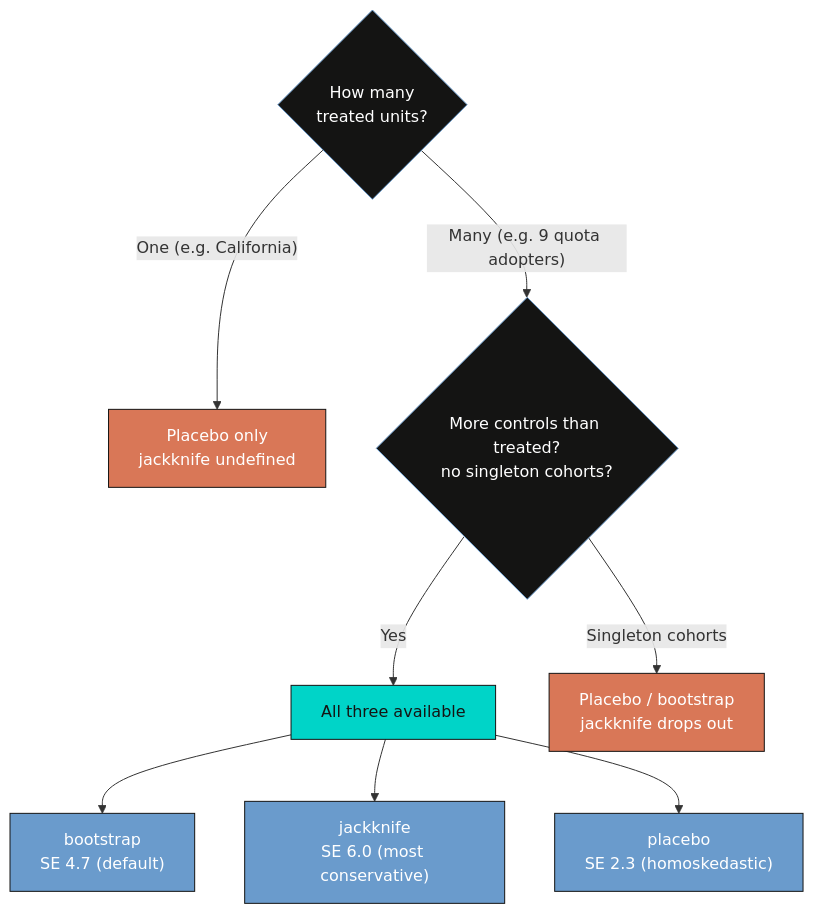
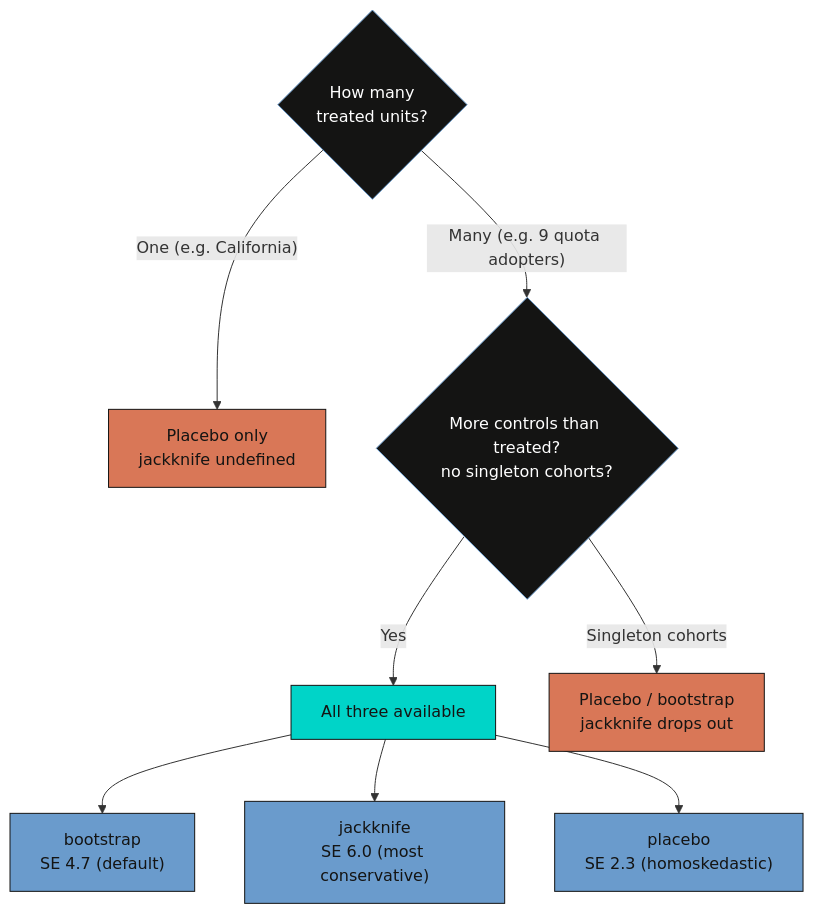
One commit to cmg777/starter-academic-v501 changed the third of 3 diagrams in content/post/stata_sdid_staggered/index.md. Above: the diagram before and after it, drawn with Mermaid. The commit also changed other lines of this file and 67 other files, not shown here.

First line of the commit message:
fix(mermaid): readable diagram text in both themes across the site

````diff
--- a/content/post/stata_sdid_staggered/index.md
+++ b/content/post/stata_sdid_staggered/index.md
@@ -507,19 +507,21 @@
 ```mermaid
 graph TD
     Q1{"How many<br/>treated units?"}
     Q1 -->|"One (e.g. California)"| PL1["Placebo only<br/>jackknife undefined"]
     Q1 -->|"Many (e.g. 9 quota adopters)"| Q2{"More controls than treated?<br/>no singleton cohorts?"}
     Q2 -->|"Yes"| ALL["All three available"]
     Q2 -->|"Singleton cohorts"| PL2["Placebo / bootstrap<br/>jackknife drops out"]
     ALL --> BOOT["bootstrap<br/>SE 4.7 (default)"]
     ALL --> JACK["jackknife<br/>SE 6.0 (most conservative)"]
     ALL --> PLAC["placebo<br/>SE 2.3 (homoskedastic)"]
-    style Q1 fill:#141413,stroke:#6a9bcc,color:#fff
-    style Q2 fill:#141413,stroke:#6a9bcc,color:#fff
-    style PL1 fill:#d97757,stroke:#141413,color:#fff
-    style PL2 fill:#d97757,stroke:#141413,color:#fff
+    classDef sty_Q1 fill:#141413,stroke:#6a9bcc,color:#fff
+    class Q1 sty_Q1
+    classDef sty_Q2 fill:#141413,stroke:#6a9bcc,color:#fff
+    class Q2 sty_Q2
+    style PL1 fill:#d97757,stroke:#141413,color:#141413
+    style PL2 fill:#d97757,stroke:#141413,color:#141413
     style ALL fill:#00d4c8,stroke:#141413,color:#141413
-    style BOOT fill:#6a9bcc,stroke:#141413,color:#fff
-    style JACK fill:#6a9bcc,stroke:#141413,color:#fff
-    style PLAC fill:#6a9bcc,stroke:#141413,color:#fff
+    style BOOT fill:#6a9bcc,stroke:#141413,color:#141413
+    style JACK fill:#6a9bcc,stroke:#141413,color:#141413
+    style PLAC fill:#6a9bcc,stroke:#141413,color:#141413
 ```
````
